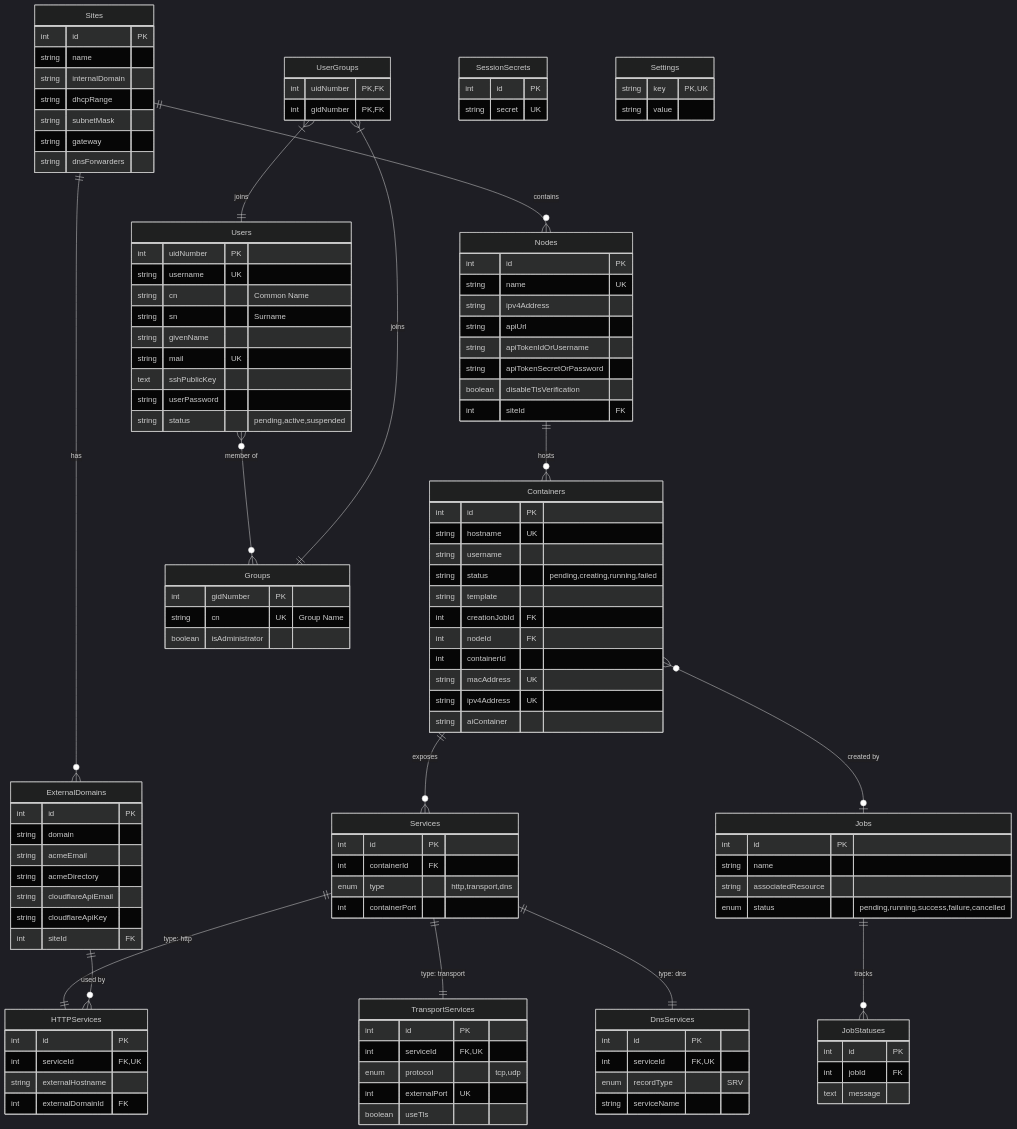
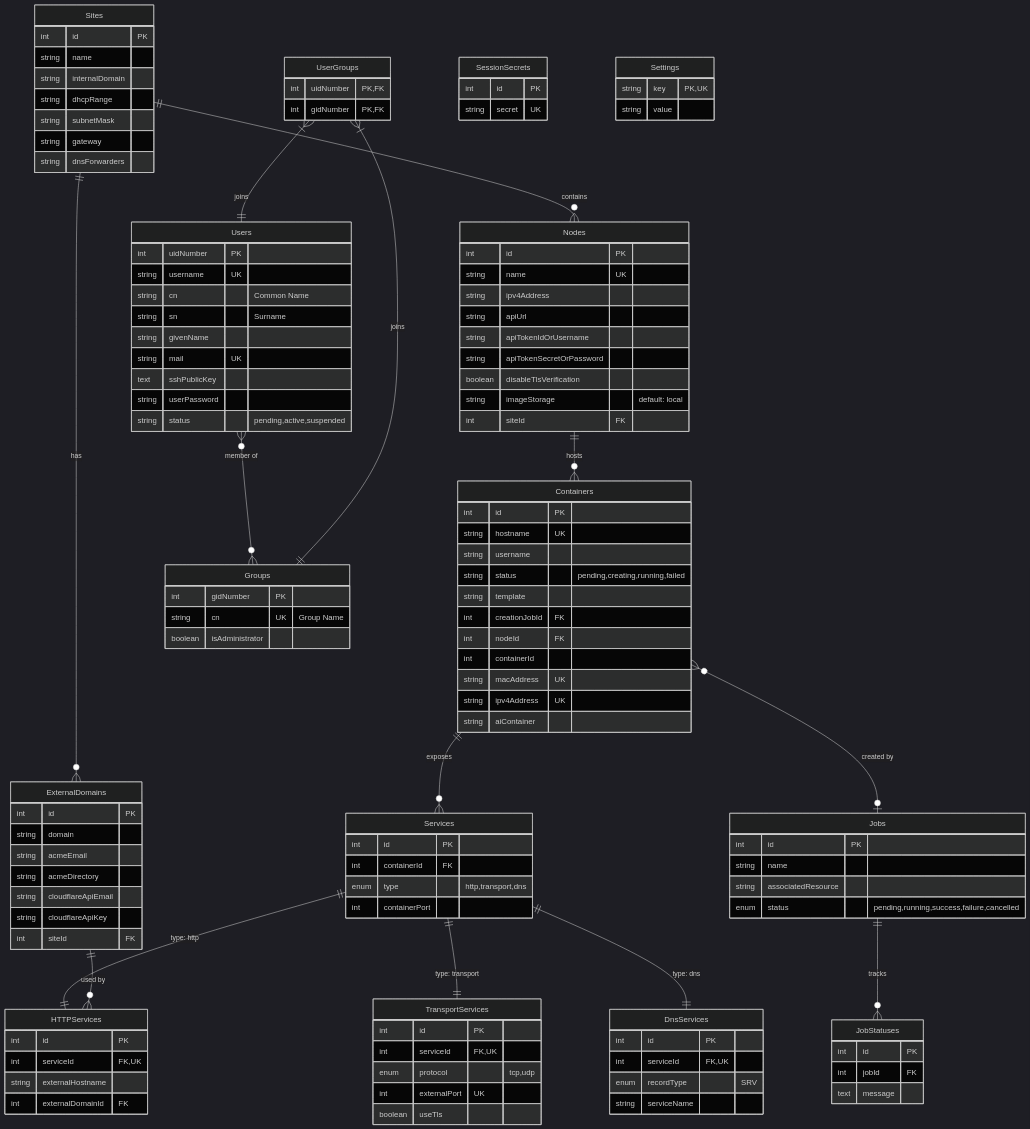
Before and after one commit to mieweb/opensource-server: the diagram in mie-opensource-landing/docs/developers/database-schema.md, drawn with Mermaid (dark theme). The commit also changed other lines of this file and 7 other files, not shown here.

```diff
--- a/mie-opensource-landing/docs/developers/database-schema.md
+++ b/mie-opensource-landing/docs/developers/database-schema.md
@@ -42,6 +42,7 @@
         string apiTokenIdOrUsername
         string apiTokenSecretOrPassword
         boolean disableTlsVerification
+        string imageStorage "default: local"
         int siteId FK
     }
 
```
